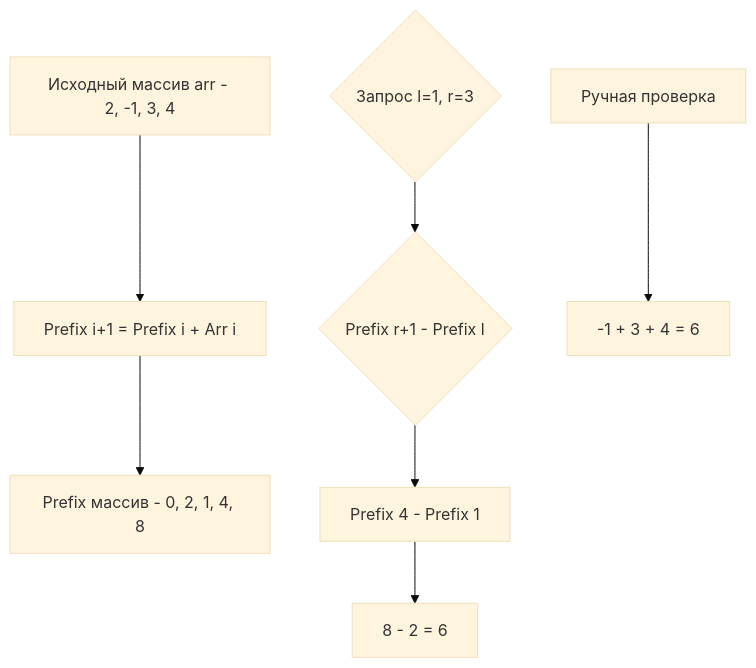
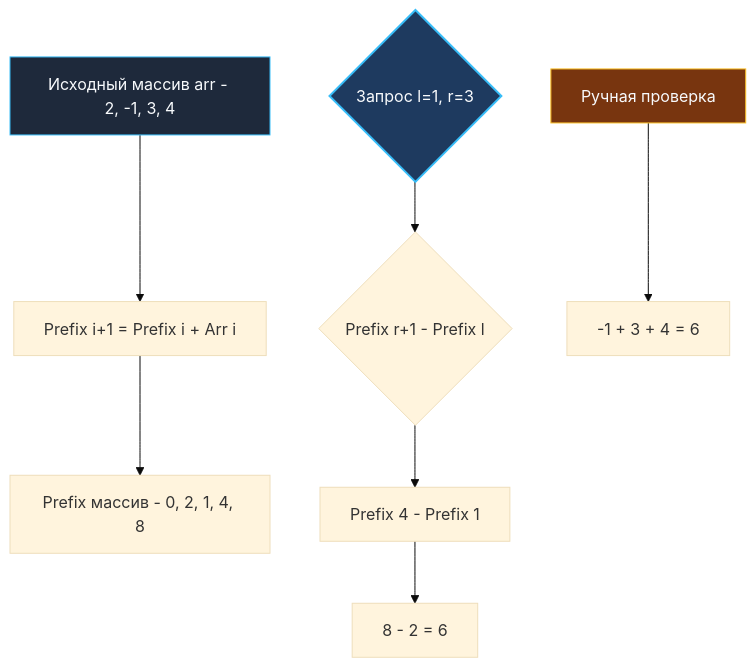
One commit to UnrealTemplier/go-textbook changed the diagram in sources/21. Задачи с LeetCode и собеседований на Go/02. Задачи/04. Префиксные суммы/1. Теория. Префиксные суммы.md. Above: the diagram before and after it, drawn with Mermaid (base theme). The commit also changed 1666 other files, not shown here.

First line of the commit message:
feat(mermaid): add semantic color classDef to 1369 colorless flowchart/graph diagrams

````diff
--- a/sources/21. Задачи с LeetCode и собеседований на Go/02. Задачи/04. Префиксные суммы/1. Теория. Префиксные суммы.md
+++ b/sources/21. Задачи с LeetCode и собеседований на Go/02. Задачи/04. Префиксные суммы/1. Теория. Префиксные суммы.md
@@ -61,11 +61,21 @@
 ```mermaid
 flowchart TD
-    A["Исходный массив arr - 2, -1, 3, 4"] --> B["Prefix i+1 = Prefix i + Arr i"]
+    classDef process  fill:#1e293b,stroke:#38bdf8,stroke-width:1px,color:#f8fafc
+    classDef success  fill:#064e3b,stroke:#34d399,stroke-width:1px,color:#f8fafc
+    classDef error    fill:#7f1d1d,stroke:#f87171,stroke-width:1px,color:#f8fafc
+    classDef warning  fill:#78350f,stroke:#fbbf24,stroke-width:1px,color:#f8fafc
+    classDef entry    fill:#1e3a5f,stroke:#38bdf8,stroke-width:2px,color:#f8fafc
+    classDef aux      fill:#334155,stroke:#64748b,stroke-width:1px,color:#f8fafc
+    classDef system   fill:#312e81,stroke:#a78bfa,stroke-width:1px,color:#f8fafc
+    classDef data     fill:#132d29,stroke:#2dd4bf,stroke-width:1px,color:#f8fafc
+    classDef network  fill:#881337,stroke:#fb7185,stroke-width:1px,color:#f8fafc
+    classDef accent   fill:#1e1b4b,stroke:#818cf8,stroke-width:1px,color:#f8fafc
+    A["Исходный массив arr - 2, -1, 3, 4"]:::process --> B["Prefix i+1 = Prefix i + Arr i"]
     B --> C["Prefix массив - 0, 2, 1, 4, 8"]
     
-    D{"Запрос l=1, r=3"} --> E{"Prefix r+1 - Prefix l"}
+    D{"Запрос l=1, r=3"}:::entry --> E{"Prefix r+1 - Prefix l"}
     E --> F["Prefix 4 - Prefix 1"]
     F --> G["8 - 2 = 6"]
     
-    H["Ручная проверка"] --> I["-1 + 3 + 4 = 6"]
+    H["Ручная проверка"]:::warning --> I["-1 + 3 + 4 = 6"]
 ```
````
